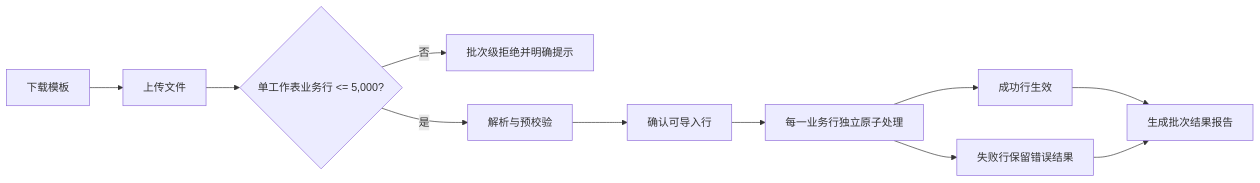
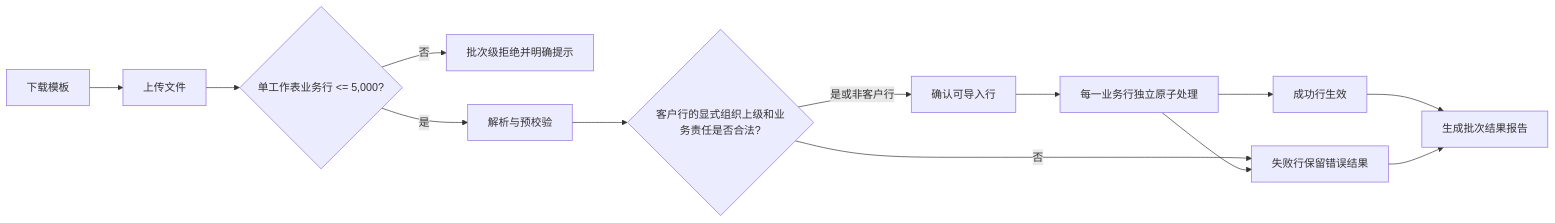
One commit to Joker-1030/Yingjia-Internal-Management-System changed the first of 3 diagrams in prd-workspace/current/user-flows/FLOW-07-M10-import.md. Above: the diagram before and after it, drawn with Mermaid. The commit also changed other lines of this file and 117 other files, not shown here.

````diff
--- a/prd-workspace/current/user-flows/FLOW-07-M10-import.md
+++ b/prd-workspace/current/user-flows/FLOW-07-M10-import.md
@@ -10,13 +10,15 @@
 ```mermaid
 flowchart LR
     A[下载模板] --> B[上传文件]
     B --> C{单工作表业务行 <= 5,000?}
     C -- 否 --> D[批次级拒绝并明确提示]
     C -- 是 --> E[解析与预校验]
-    E --> F[确认可导入行]
+    E --> E1{客户行的显式组织上级和业务责任是否合法?}
+    E1 -- 否 --> I[失败行保留错误结果]
+    E1 -- 是或非客户行 --> F[确认可导入行]
     F --> G[每一业务行独立原子处理]
     G --> H[成功行生效]
     G --> I[失败行保留错误结果]
     H --> J[生成批次结果报告]
     I --> J
 ```
````
